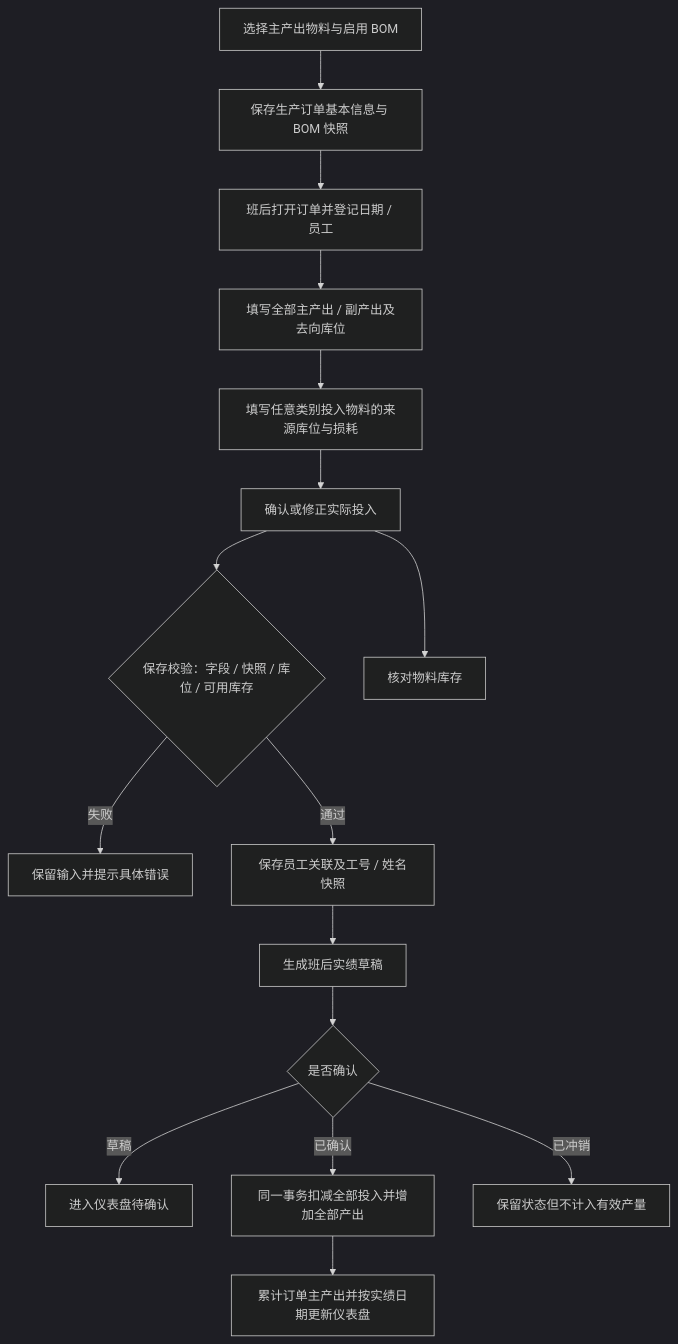
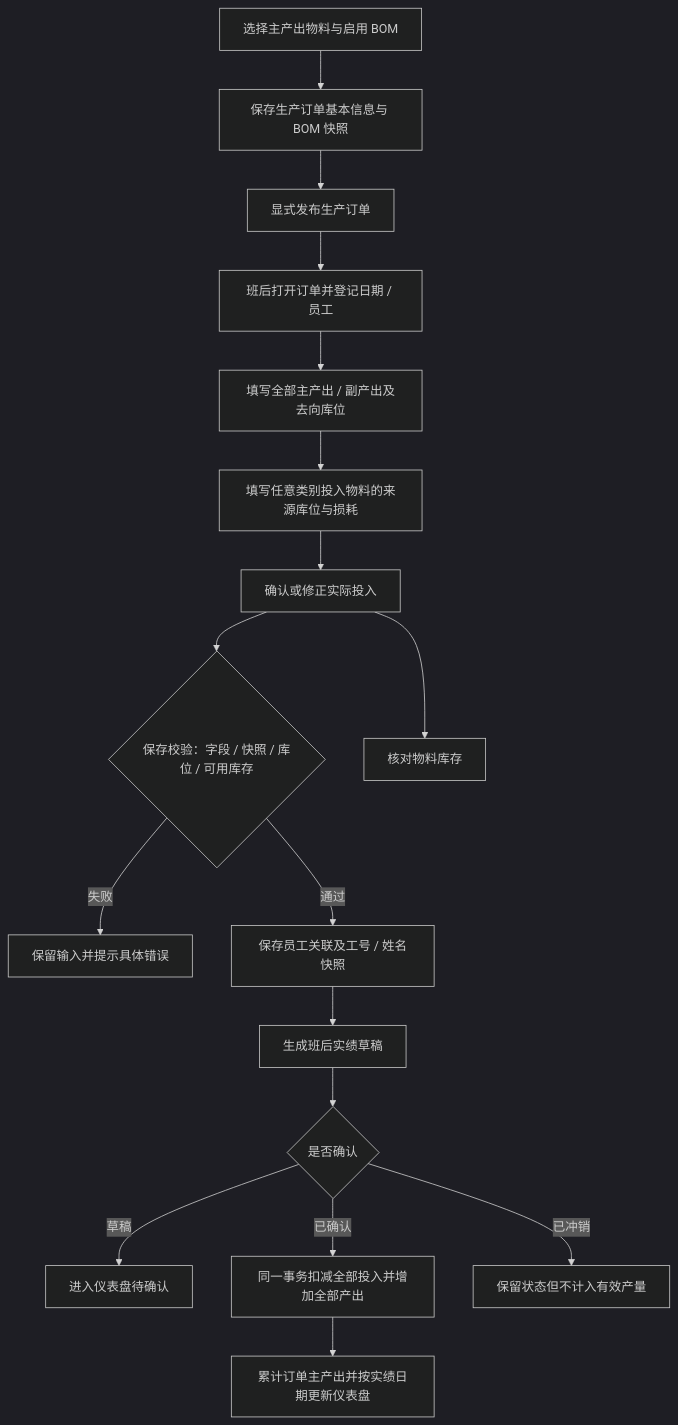
One commit to goldf2/mes-lite changed diagram 11 of 18 in docs/minierp/system-function-flow.md. Above: the diagram before and after it, drawn with Mermaid (dark theme). The commit also changed other lines of this file and 40 other files, not shown here.

````diff
--- a/docs/minierp/system-function-flow.md
+++ b/docs/minierp/system-function-flow.md
@@ -373,18 +375,19 @@
 ```mermaid
 flowchart TD
   A["选择主产出物料与启用 BOM"] --> B["保存生产订单基本信息与 BOM 快照"]
-  B --> C["班后打开订单并登记日期 / 员工"]
+  B --> R["显式发布生产订单"]
+  R --> C["班后打开订单并登记日期 / 员工"]
   C --> D["填写全部主产出 / 副产出及去向库位"]
   D --> E["填写任意类别投入物料的来源库位与损耗"]
   E --> I["确认或修正实际投入"]
   I --> V{"保存校验：字段 / 快照 / 库位 / 可用库存"}
   V -->|失败| X["保留输入并提示具体错误"]
   V -->|通过| J["保存员工关联及工号 / 姓名快照"]
   J --> F["生成班后实绩草稿"]
   F --> K{"是否确认"}
   K -->|草稿| L["进入仪表盘待确认"]
   K -->|已确认| N["同一事务扣减全部投入并增加全部产出"]
   N --> G["累计订单主产出并按实绩日期更新仪表盘"]
   K -->|已冲销| M["保留状态但不计入有效产量"]
   I --> H["核对物料库存"]
 ```
````
